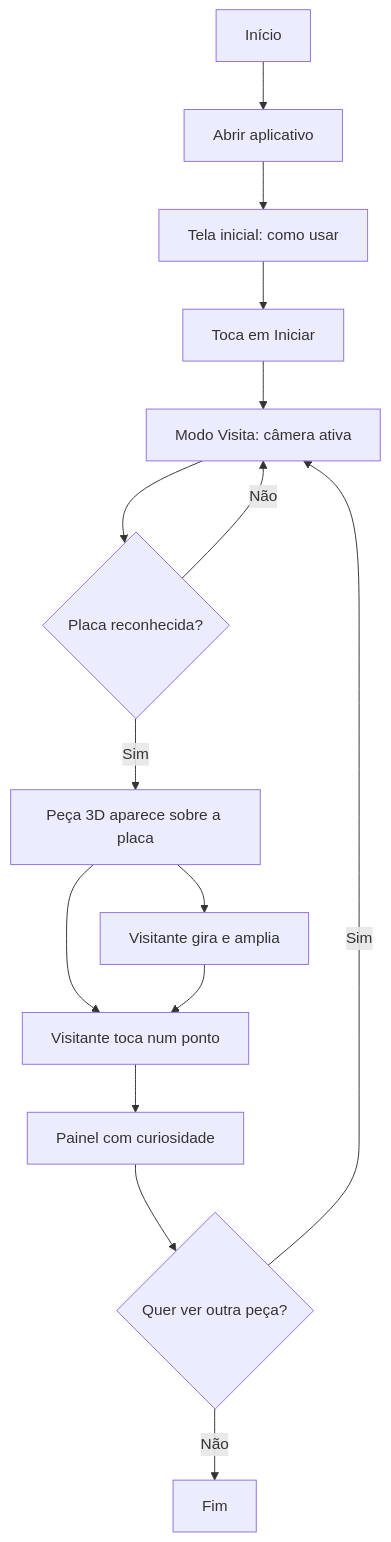
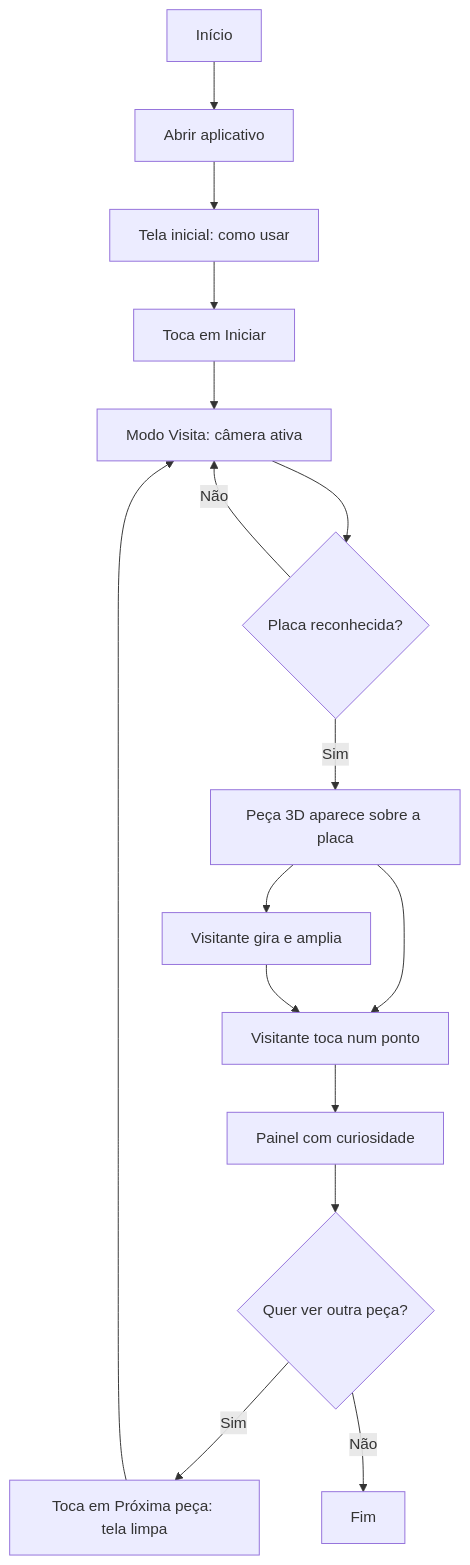
One commit to Kayke-Denelle/UPX-ARMOBILE changed the third of 4 diagrams in README.md. Above: the diagram before and after it, drawn with Mermaid. The commit also changed other lines of this file and 10 other files, not shown here.

First line of the commit message:
Versão 1.4.0: botão "Próxima peça" para escanear outra placa

````diff
--- a/README.md
+++ b/README.md
@@ -419,17 +420,18 @@
 ```mermaid
 flowchart TD
     A[Início] --> B[Abrir aplicativo]
     B --> S[Tela inicial: como usar]
     S --> T[Toca em Iniciar]
     T --> C[Modo Visita: câmera ativa]
     C --> D{Placa reconhecida?}
     D -- Não --> C
     D -- Sim --> E[Peça 3D aparece sobre a placa]
     E --> F[Visitante gira e amplia]
     E --> G[Visitante toca num ponto]
     G --> H[Painel com curiosidade]
     H --> I{Quer ver outra peça?}
-    I -- Sim --> C
+    I -- Sim --> P[Toca em Próxima peça: tela limpa]
+    P --> C
     I -- Não --> L[Fim]
     F --> G
 ```
````
